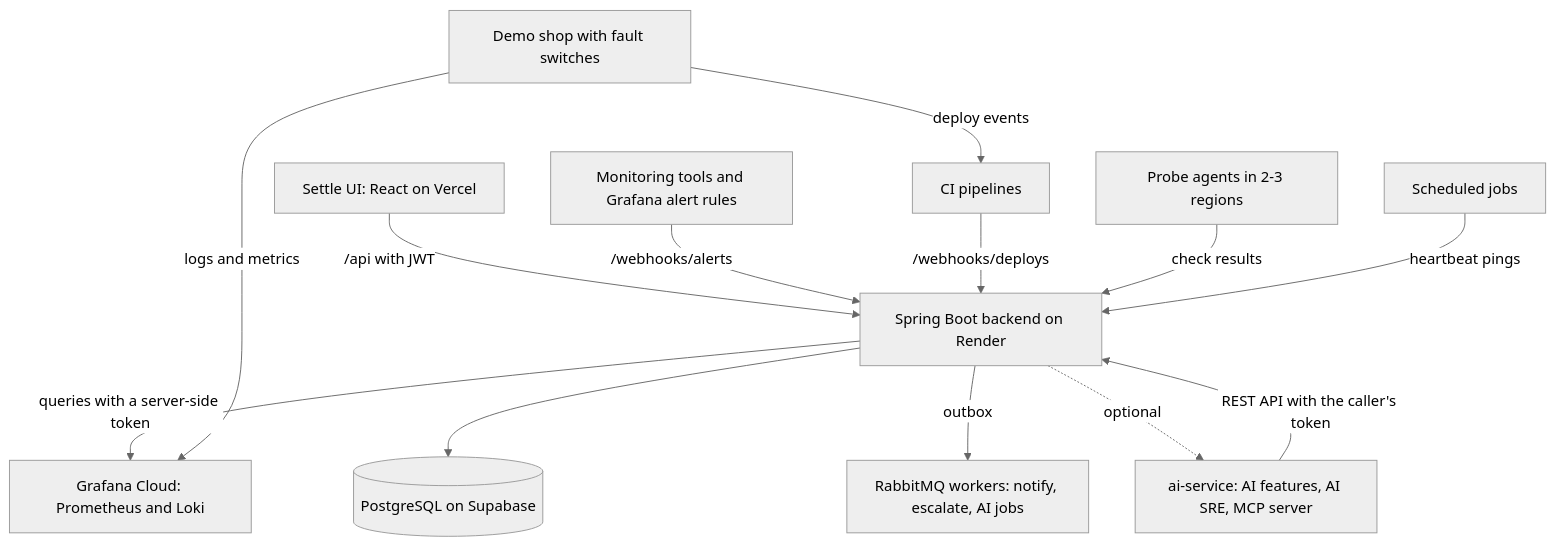
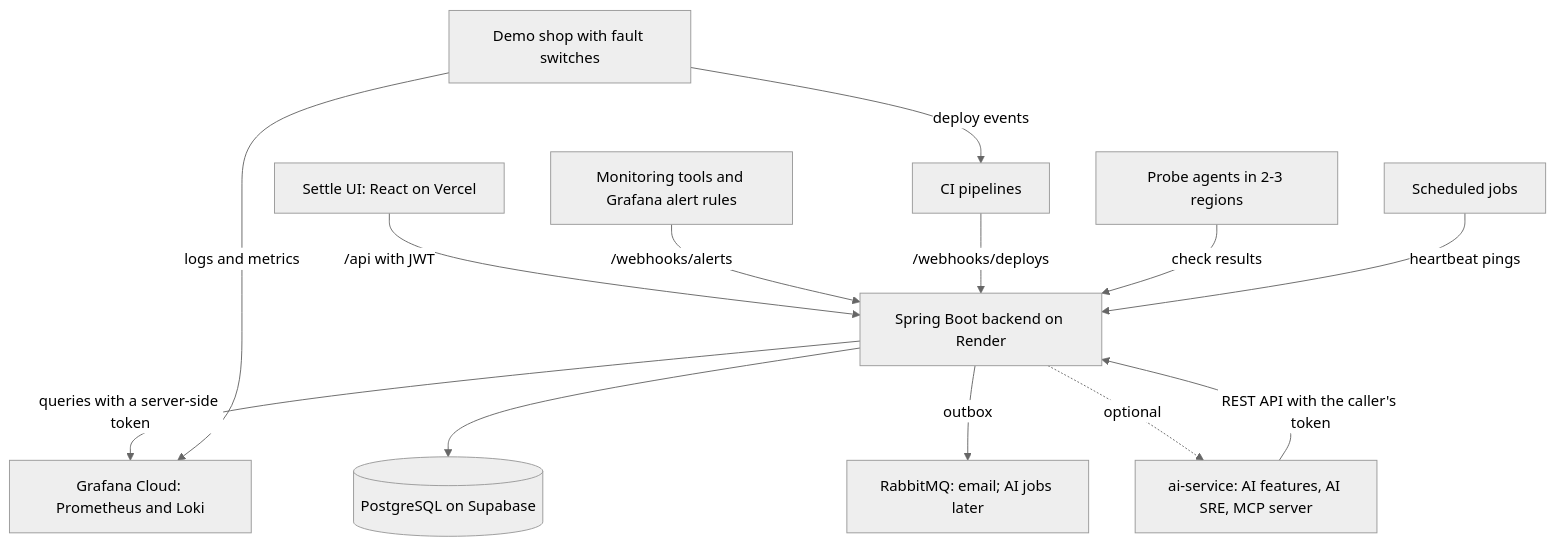
Before and after one commit to Shane07p/DevOps-Incident-Management-System: the diagram in docs/PROJECT_STRUCTURE.md, drawn with Mermaid (neutral theme). The commit also changed other lines of this file and 9 other files, not shown here.

Commit message:
docs: HLD v4, RabbitMQ for email and AI jobs, live updates without Redis (D24, D46, D47)

````diff
--- a/docs/PROJECT_STRUCTURE.md
+++ b/docs/PROJECT_STRUCTURE.md
@@ -5,15 +5,15 @@
 ```mermaid
 flowchart TD
   Browser[Settle UI: React on Vercel] -->|/api with JWT| Backend[Spring Boot backend on Render]
   Tools[Monitoring tools and Grafana alert rules] -->|/webhooks/alerts| Backend
   CI[CI pipelines] -->|/webhooks/deploys| Backend
   Probes[Probe agents in 2-3 regions] -->|check results| Backend
   Jobs[Scheduled jobs] -->|heartbeat pings| Backend
   Backend --> Database[(PostgreSQL on Supabase)]
-  Backend -->|outbox| Queue[RabbitMQ workers: notify, escalate, AI jobs]
+  Backend -->|outbox| Queue[RabbitMQ: email; AI jobs later]
   Backend -->|queries with a server-side token| Grafana[Grafana Cloud: Prometheus and Loki]
   Backend -. optional .-> AI[ai-service: AI features, AI SRE, MCP server]
   AI -->|REST API with the caller's token| Backend
   Shop[Demo shop with fault switches] -->|logs and metrics| Grafana
   Shop -->|deploy events| CI
 ```
````
